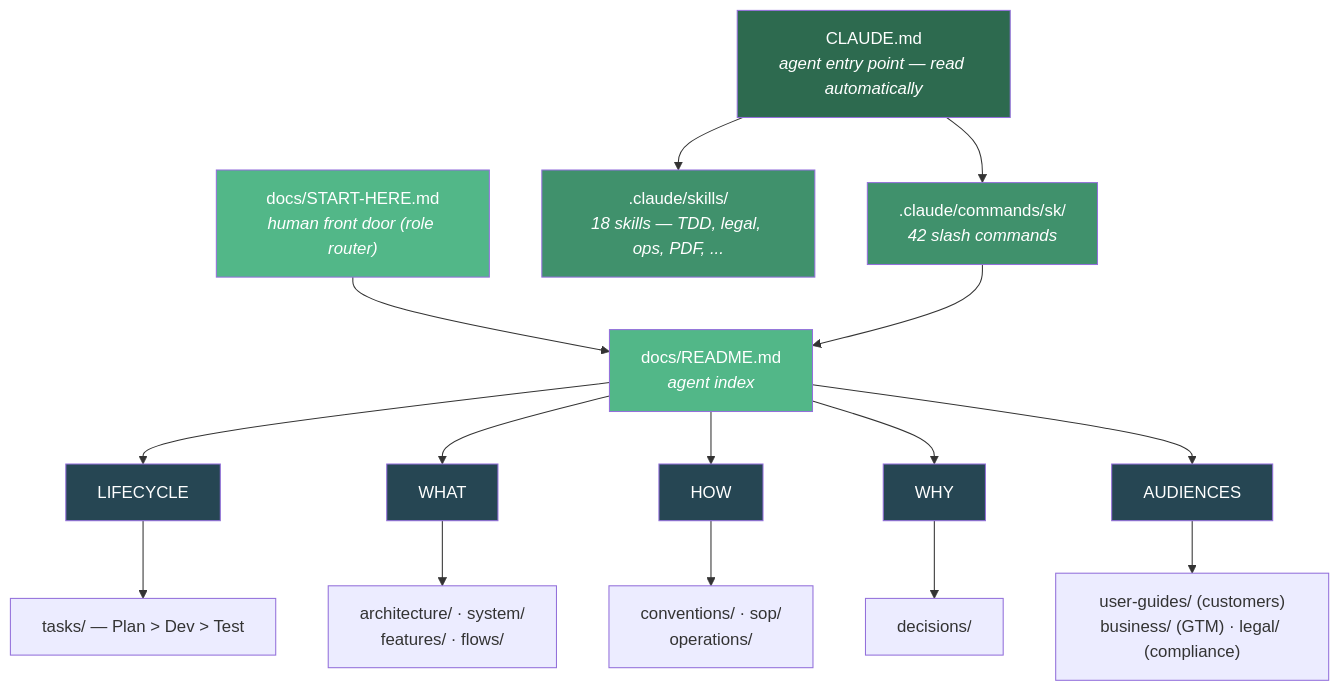
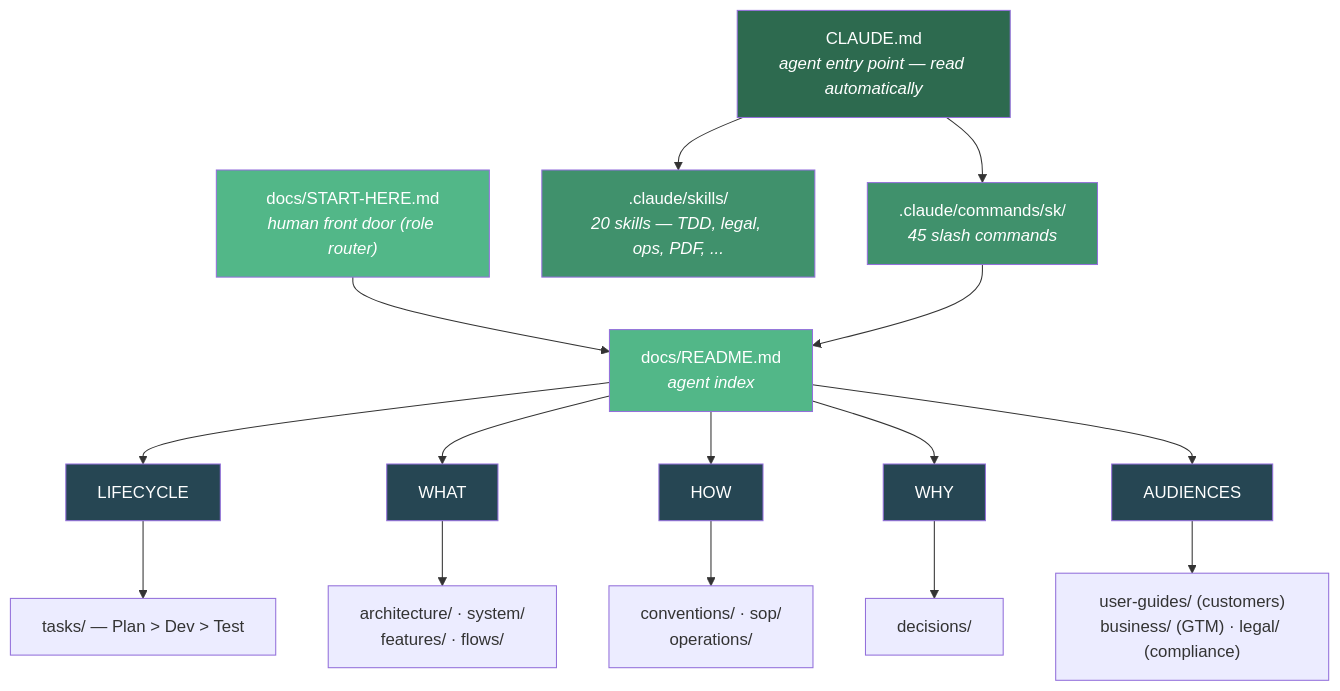
One commit to moniav/sk changed the first of 5 diagrams in Readme.md. Above: the diagram before and after it, drawn with Mermaid. The commit also changed other lines of this file and 40 other files, not shown here.

````diff
--- a/Readme.md
+++ b/Readme.md
@@ -40,30 +40,30 @@
 ```mermaid
 graph TD
-    A["CLAUDE.md<br/><i>agent entry point — read automatically</i>"] --> B[".claude/commands/sk/<br/><i>42 slash commands</i>"]
-    A --> B2[".claude/skills/<br/><i>18 skills — TDD, legal, ops, PDF, ...</i>"]
+    A["CLAUDE.md<br/><i>agent entry point — read automatically</i>"] --> B[".claude/commands/sk/<br/><i>45 slash commands</i>"]
+    A --> B2[".claude/skills/<br/><i>20 skills — TDD, legal, ops, PDF, ...</i>"]
     SH["docs/START-HERE.md<br/><i>human front door (role router)</i>"] --> C
     B --> C["docs/README.md<br/><i>agent index</i>"]
 
     C --> D["LIFECYCLE"]
     C --> E["WHAT"]
     C --> G["HOW"]
     C --> F["WHY"]
     C --> H["AUDIENCES"]
 
     D --> D1["tasks/ — Plan > Dev > Test"]
     E --> E1["architecture/ · system/<br/>features/ · flows/"]
     G --> G1["conventions/ · sop/<br/>operations/"]
     F --> F1["decisions/"]
     H --> H1["user-guides/ (customers)<br/>business/ (GTM) · legal/ (compliance)"]
 
     style A fill:#2d6a4f,color:#fff
     style B fill:#40916c,color:#fff
     style B2 fill:#40916c,color:#fff
     style SH fill:#52b788,color:#fff
     style C fill:#52b788,color:#fff
     style D fill:#264653,color:#fff
     style E fill:#264653,color:#fff
     style F fill:#264653,color:#fff
     style G fill:#264653,color:#fff
     style H fill:#264653,color:#fff
 ```
````
